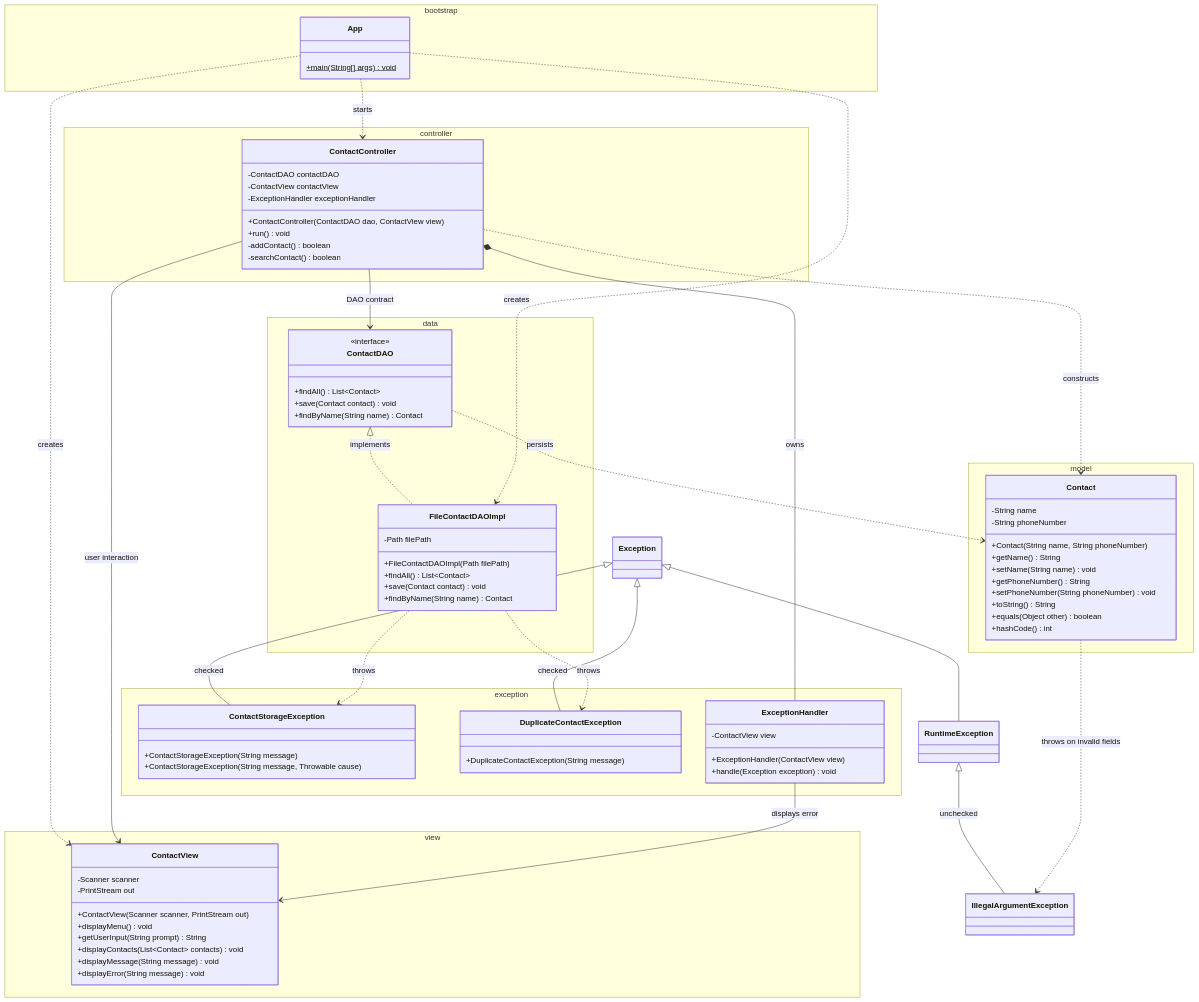
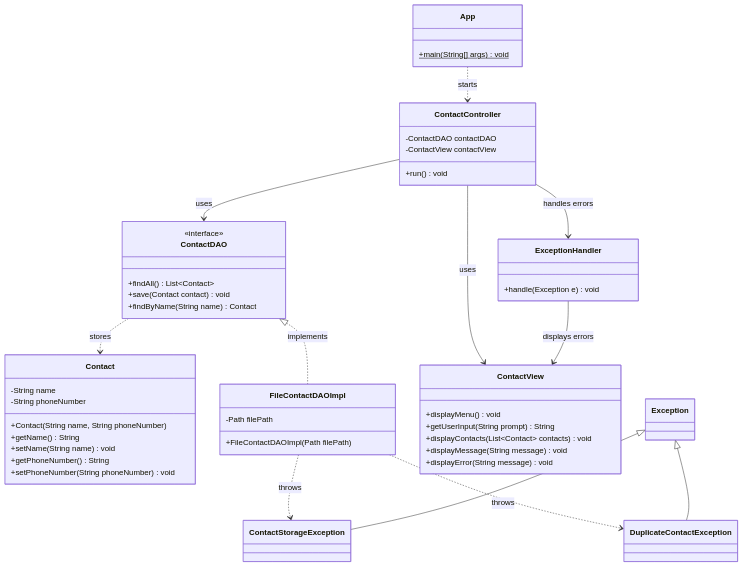
Before and after one commit to jackaldzn-blip/lexicon-work: the diagram in contact-workshop/README.md, drawn with Mermaid. The commit also changed other lines of this file and 14 other files, not shown here.

Commit message:
Add Contact App workshop

````diff
--- a/contact-workshop/README.md
+++ b/contact-workshop/README.md
@@ -68,96 +16,56 @@
 ```mermaid
 classDiagram
     direction TB
-    namespace bootstrap {
-        class App {
-            +main(String[] args)$ void
-        }
+    class App {
+        +main(String[] args)$ void
     }
-    namespace model {
-        class Contact {
-            -String name
-            -String phoneNumber
-            +Contact(String name, String phoneNumber)
-            +getName() String
-            +setName(String name) void
-            +getPhoneNumber() String
-            +setPhoneNumber(String phoneNumber) void
-            +toString() String
-            +equals(Object other) boolean
-            +hashCode() int
-        }
+    class Contact {
+        -String name
+        -String phoneNumber
+        +Contact(String name, String phoneNumber)
+        +getName() String
+        +setName(String name) void
+        +getPhoneNumber() String
+        +setPhoneNumber(String phoneNumber) void
     }
-    namespace data {
-        class ContactDAO {
-            <<interface>>
-            +findAll() List~Contact~
-            +save(Contact contact) void
-            +findByName(String name) Contact
-        }
-        class FileContactDAOImpl {
-            -Path filePath
-            +FileContactDAOImpl(Path filePath)
-            +findAll() List~Contact~
-            +save(Contact contact) void
-            +findByName(String name) Contact
-        }
+    class ContactDAO {
+        <<interface>>
+        +findAll() List~Contact~
+        +save(Contact contact) void
+        +findByName(String name) Contact
     }
-    namespace view {
-        class ContactView {
-            -Scanner scanner
-            -PrintStream out
-            +ContactView(Scanner scanner, PrintStream out)
-            +displayMenu() void
-            +getUserInput(String prompt) String
-            +displayContacts(List~Contact~ contacts) void
-            +displayMessage(String message) void
-            +displayError(String message) void
-        }
+    class FileContactDAOImpl {
+        -Path filePath
+        +FileContactDAOImpl(Path filePath)
     }
-    namespace controller {
-        class ContactController {
-            -ContactDAO contactDAO
-            -ContactView contactView
-            -ExceptionHandler exceptionHandler
-            +ContactController(ContactDAO dao, ContactView view)
-            +run() void
-            -addContact() boolean
-            -searchContact() boolean
-        }
+    class ContactView {
+        +displayMenu() void
+        +getUserInput(String prompt) String
+        +displayContacts(List~Contact~ contacts) void
+        +displayMessage(String message) void
+        +displayError(String message) void
     }
-    namespace exception {
-        class ContactStorageException {
-            +ContactStorageException(String message)
-            +ContactStorageException(String message, Throwable cause)
-        }
-        class DuplicateContactException {
-            +DuplicateContactException(String message)
-        }
-        class ExceptionHandler {
-            -ContactView view
-            +ExceptionHandler(ContactView view)
-            +handle(Exception exception) void
-        }
+    class ContactController {
+        -ContactDAO contactDAO
+        -ContactView contactView
+        +run() void
     }
+    class ExceptionHandler {
+        +handle(Exception e) void
+    }
+    class ContactStorageException
+    class DuplicateContactException
     class Exception
-    class RuntimeException
-    class IllegalArgumentException
 
     ContactDAO <|.. FileContactDAOImpl : implements
-    Exception <|-- ContactStorageException : checked
-    Exception <|-- DuplicateContactException : checked
-    Exception <|-- RuntimeException
-    RuntimeException <|-- IllegalArgumentException : unchecked
-    App ..> FileContactDAOImpl : creates
-    App ..> ContactView : creates
     App ..> ContactController : starts
-    ContactController --> ContactDAO : DAO contract
-    ContactController --> ContactView : user interaction
-    ContactController *-- ExceptionHandler : owns
-    ContactController ..> Contact : constructs
-    ContactDAO ..> Contact : persists
+    ContactController --> ContactDAO : uses
+    ContactController --> ContactView : uses
+    ContactController --> ExceptionHandler : handles errors
+    ContactDAO ..> Contact : stores
     FileContactDAOImpl ..> ContactStorageException : throws
     FileContactDAOImpl ..> DuplicateContactException : throws
-    Contact ..> IllegalArgumentException : throws on invalid fields
-    ExceptionHandler --> ContactView : displays error
+    Exception <|-- ContactStorageException
+    Exception <|-- DuplicateContactException
+    ExceptionHandler --> ContactView : displays errors
 ```
````
